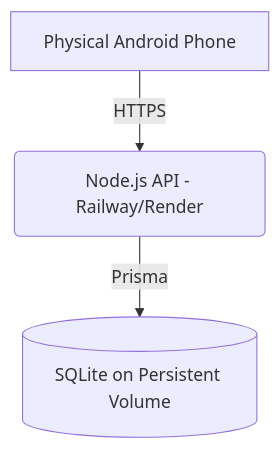
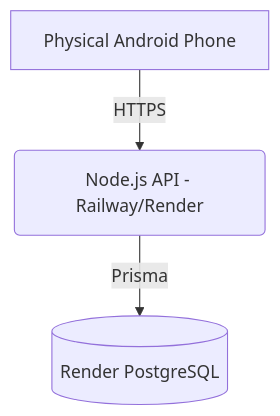
One commit to shreeK05/Equilibrium changed the diagram in docs/DEPLOYMENT.md. Above: the diagram before and after it, drawn with Mermaid. The commit also changed other lines of this file and 91 other files, not shown here.

````diff
--- a/docs/DEPLOYMENT.md
+++ b/docs/DEPLOYMENT.md
@@ -10,5 +10,5 @@
 ```mermaid
 graph TD
     A[Physical Android Phone] -->|HTTPS| B(Node.js API - Railway/Render)
-    B -->|Prisma| C[(SQLite on Persistent Volume)]
+    B -->|Prisma| C[(Render PostgreSQL)]
 ```
````
